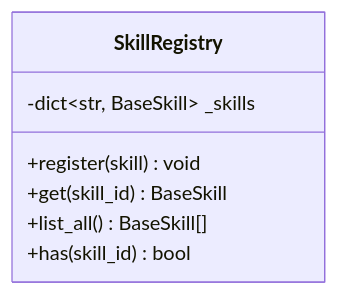
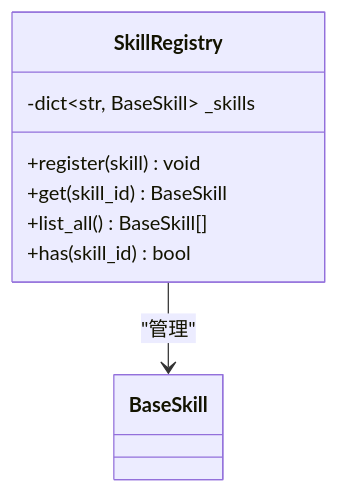
The fourth of 7 diagrams in .qoder/repowiki/zh/content/技能系统/技能系统.md (sansansansansan2022-web/hotclaw), drawn with Mermaid before and after one commit. The commit also changed other lines of this file and 288 other files, not shown here.

````diff
--- a/.qoder/repowiki/zh/content/技能系统/技能系统.md
+++ b/.qoder/repowiki/zh/content/技能系统/技能系统.md
@@ -161,10 +182,11 @@
 ```mermaid
 classDiagram
 class SkillRegistry {
 -dict~str, BaseSkill~ _skills
 +register(skill) void
 +get(skill_id) BaseSkill
 +list_all() BaseSkill[]
 +has(skill_id) bool
 }
+SkillRegistry --> BaseSkill : "管理"
 ```
````
